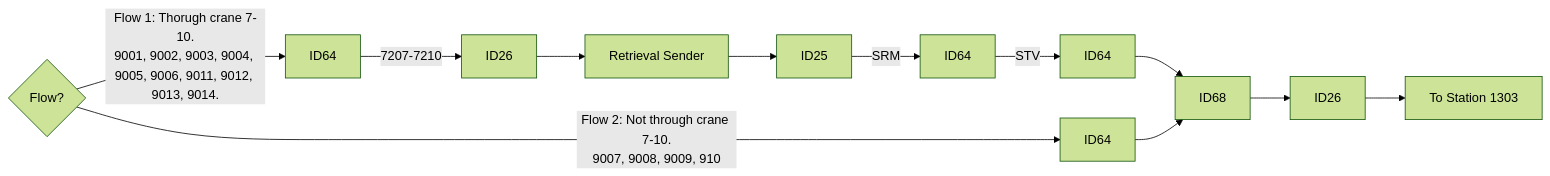
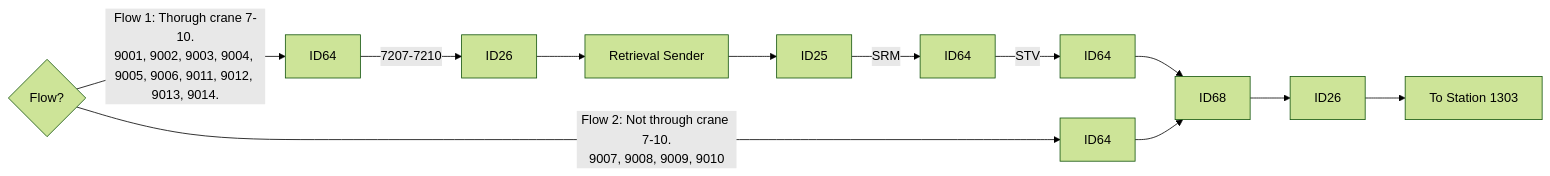
The second of 4 diagrams in Basic-Design/DFD-WMS/Retrieval/QC-Setting/Retrieval-for-QC-Start.md (luthfiadityaa/SimeDarby-Wiki), drawn with Mermaid (forest theme) before and after one commit.

Commit message:
Updated Retrieval for QC Start

```diff
--- a/Basic-Design/DFD-WMS/Retrieval/QC-Setting/Retrieval-for-QC-Start.md
+++ b/Basic-Design/DFD-WMS/Retrieval/QC-Setting/Retrieval-for-QC-Start.md
@@ -16,10 +16,10 @@
 ::: mermaid
 flowchart LR
 
 Cond1{Flow?} 
 
 Cond1{Flow?}--> |Flow 1: Thorugh crane 7-10.
 9001, 9002, 9003, 9004, 9005, 9006, 9011, 9012, 9013, 9014.| P5[ID64]--> |7207-7210| P8[ID26]-->P9[Retrieval Sender]-->P10[ID25]--> |SRM| P11[ID64]--> |STV| P12[ID64]--> P7[ID68]
 Cond1{Flow?}--> |Flow 2: Not through crane 7-10.
-9007, 9008, 9009, 910| P6[ID64]--> P7[ID68]-->P81[ID26]-->P13[To Station 1303]
+9007, 9008, 9009, 9010| P6[ID64]--> P7[ID68]-->P81[ID26]-->P13[To Station 1303]
 :::
```
